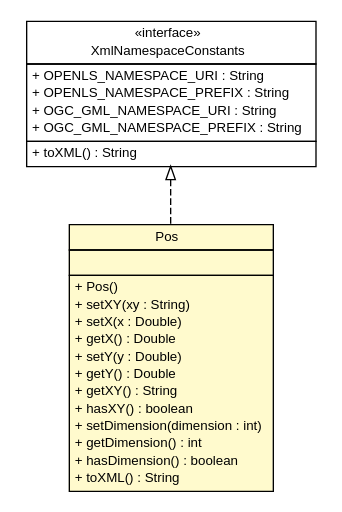
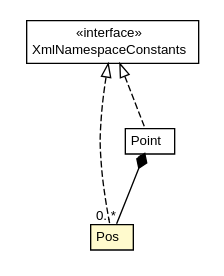
Before and after one commit to MinELenI/CBSviewer: the diagram in apidocs/nl/mineleni/openls/databinding/gml/Pos.dot, drawn with Graphviz. The commit also changed 1016 other files, not shown here.

```diff
--- a/apidocs/nl/mineleni/openls/databinding/gml/Pos.dot
+++ b/apidocs/nl/mineleni/openls/databinding/gml/Pos.dot
@@ -1,53 +1,37 @@
 #!/usr/local/bin/dot
 #
 # Class diagram 
-# Generated by UMLGraph version R5_6 (http://www.umlgraph.org/)
+# Generated by UMLGraph version R5_6-24-gf6e263 (http://www.umlgraph.org/)
 #
 
 digraph G {
 	edge [fontname="arial",fontsize=10,labelfontname="arial",labelfontsize=10];
 	node [fontname="arial",fontsize=10,shape=plaintext];
 	nodesep=0.25;
 	ranksep=0.5;
 	// nl.mineleni.openls.databinding.gml.Pos
-	c2352 [label=<<table title="nl.mineleni.openls.databinding.gml.Pos" border="0" cellborder="1" cellspacing="0" cellpadding="2" port="p" bgcolor="lemonChiffon" href="./Pos.html">
+	c3291 [label=<<table title="nl.mineleni.openls.databinding.gml.Pos" border="0" cellborder="1" cellspacing="0" cellpadding="2" port="p" bgcolor="lemonChiffon" href="./Pos.html">
 		<tr><td><table border="0" cellspacing="0" cellpadding="1">
 <tr><td align="center" balign="center"> Pos </td></tr>
 		</table></td></tr>
+		</table>>, URL="./Pos.html", fontname="arial", fontcolor="black", fontsize=10.0];
+	// nl.mineleni.openls.databinding.gml.Point
+	c3292 [label=<<table title="nl.mineleni.openls.databinding.gml.Point" border="0" cellborder="1" cellspacing="0" cellpadding="2" port="p" href="./Point.html">
 		<tr><td><table border="0" cellspacing="0" cellpadding="1">
-<tr><td align="left" balign="left">  </td></tr>
+<tr><td align="center" balign="center"> Point </td></tr>
 		</table></td></tr>
-		<tr><td><table border="0" cellspacing="0" cellpadding="1">
-<tr><td align="left" balign="left"> + Pos() </td></tr>
-<tr><td align="left" balign="left"> + setXY(xy : String) </td></tr>
-<tr><td align="left" balign="left"> + setX(x : Double) </td></tr>
-<tr><td align="left" balign="left"> + getX() : Double </td></tr>
-<tr><td align="left" balign="left"> + setY(y : Double) </td></tr>
-<tr><td align="left" balign="left"> + getY() : Double </td></tr>
-<tr><td align="left" balign="left"> + getXY() : String </td></tr>
-<tr><td align="left" balign="left"> + hasXY() : boolean </td></tr>
-<tr><td align="left" balign="left"> + setDimension(dimension : int) </td></tr>
-<tr><td align="left" balign="left"> + getDimension() : int </td></tr>
-<tr><td align="left" balign="left"> + hasDimension() : boolean </td></tr>
-<tr><td align="left" balign="left"> + toXML() : String </td></tr>
-		</table></td></tr>
-		</table>>, URL="./Pos.html", fontname="arial", fontcolor="black", fontsize=10.0];
+		</table>>, URL="./Point.html", fontname="arial", fontcolor="black", fontsize=10.0];
 	// nl.mineleni.openls.XmlNamespaceConstants
-	c2364 [label=<<table title="nl.mineleni.openls.XmlNamespaceConstants" border="0" cellborder="1" cellspacing="0" cellpadding="2" port="p" href="../../XmlNamespaceConstants.html">
+	c3310 [label=<<table title="nl.mineleni.openls.XmlNamespaceConstants" border="0" cellborder="1" cellspacing="0" cellpadding="2" port="p" href="../../XmlNamespaceConstants.html">
 		<tr><td><table border="0" cellspacing="0" cellpadding="1">
 <tr><td align="center" balign="center"> &#171;interface&#187; </td></tr>
 <tr><td align="center" balign="center"> XmlNamespaceConstants </td></tr>
 		</table></td></tr>
-		<tr><td><table border="0" cellspacing="0" cellpadding="1">
-<tr><td align="left" balign="left"> + OPENLS_NAMESPACE_URI : String </td></tr>
-<tr><td align="left" balign="left"> + OPENLS_NAMESPACE_PREFIX : String </td></tr>
-<tr><td align="left" balign="left"> + OGC_GML_NAMESPACE_URI : String </td></tr>
-<tr><td align="left" balign="left"> + OGC_GML_NAMESPACE_PREFIX : String </td></tr>
-		</table></td></tr>
-		<tr><td><table border="0" cellspacing="0" cellpadding="1">
-<tr><td align="left" balign="left"> + toXML() : String </td></tr>
-		</table></td></tr>
 		</table>>, URL="../../XmlNamespaceConstants.html", fontname="arial", fontcolor="black", fontsize=10.0];
 	//nl.mineleni.openls.databinding.gml.Pos implements nl.mineleni.openls.XmlNamespaceConstants
-	c2364:p -> c2352:p [dir=back,arrowtail=empty,style=dashed];
+	c3310:p -> c3291:p [dir=back,arrowtail=empty,style=dashed];
+	//nl.mineleni.openls.databinding.gml.Point implements nl.mineleni.openls.XmlNamespaceConstants
+	c3310:p -> c3292:p [dir=back,arrowtail=empty,style=dashed];
+	// nl.mineleni.openls.databinding.gml.Point COMPOSED nl.mineleni.openls.databinding.gml.Pos
+	c3292:p -> c3291:p [taillabel="1", label="", headlabel="0..*", fontname="arial", fontcolor="black", fontsize=10.0, color="black", arrowhead=none, arrowtail=diamond, dir=both];
 }
```
